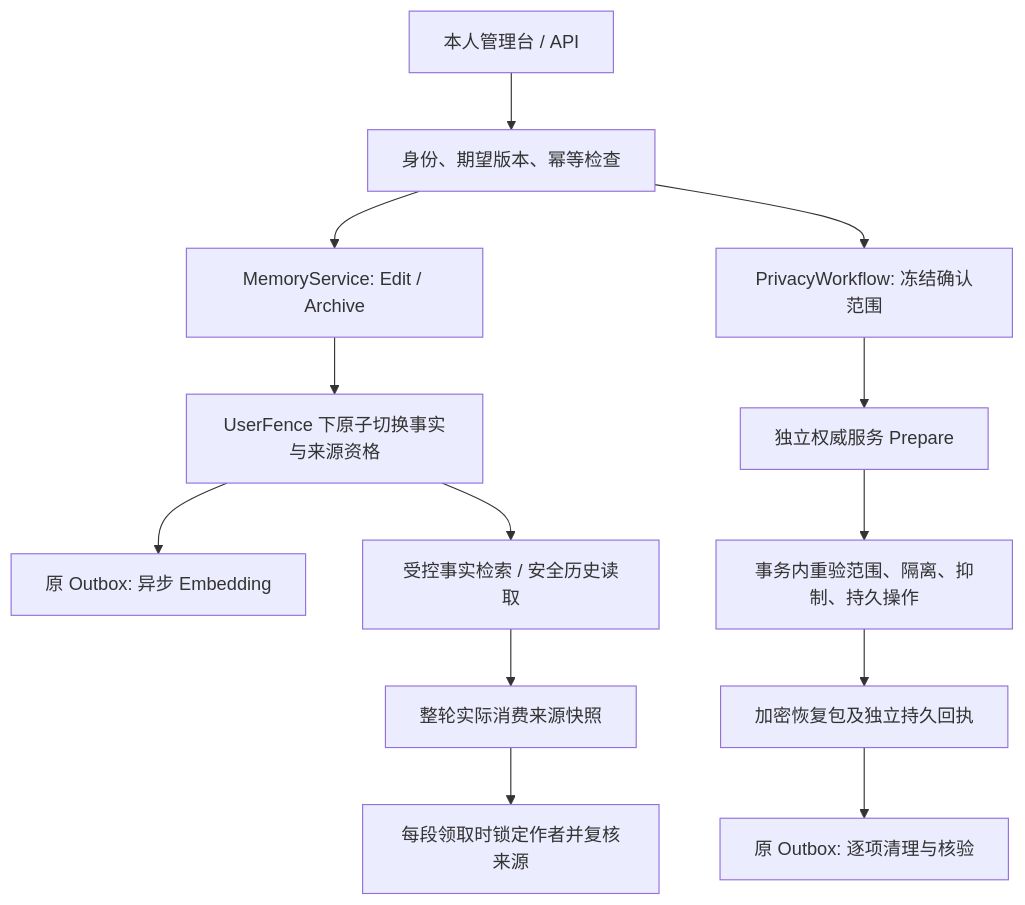
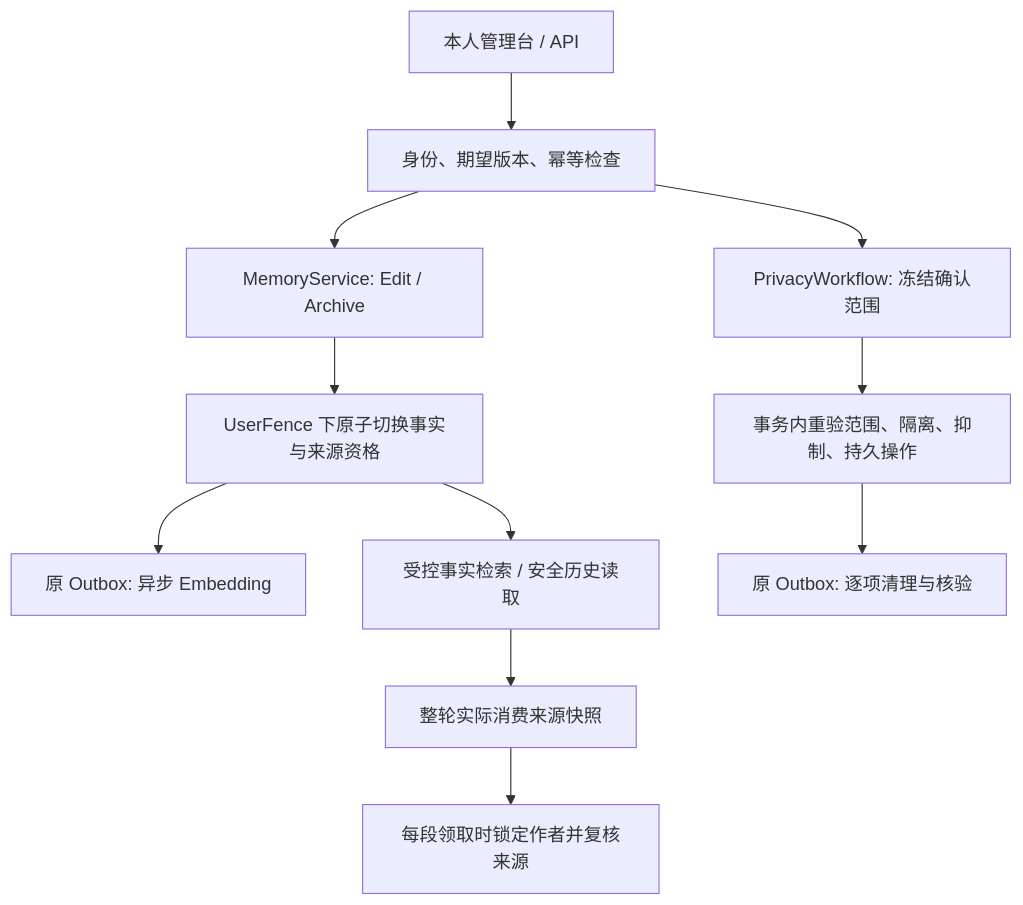
One commit to Raspberry-Monster/Wonder changed the diagram in docs/memory-lifecycle.md. Above: the diagram before and after it, drawn with Mermaid. The commit also changed other lines of this file and 20 other files, not shown here.

````diff
--- a/docs/memory-lifecycle.md
+++ b/docs/memory-lifecycle.md
@@ -7,15 +7,13 @@
 ```mermaid
 flowchart TD
     WEB[本人管理台 / API] --> AUTH[身份、期望版本、幂等检查]
     AUTH --> EDIT[MemoryService: Edit / Archive]
     EDIT --> TX[UserFence 下原子切换事实与来源资格]
     TX --> INDEX[原 Outbox: 异步 Embedding]
     TX --> READ[受控事实检索 / 安全历史读取]
     AUTH --> PRIVACY[PrivacyWorkflow: 冻结确认范围]
-    PRIVACY --> PREPARE[独立权威服务 Prepare]
-    PREPARE --> FENCE[事务内重验范围、隔离、抑制、持久操作]
-    FENCE --> PROTECT[加密恢复包及独立持久回执]
-    PROTECT --> CLEAN[原 Outbox: 逐项清理与核验]
+    PRIVACY --> FENCE[事务内重验范围、隔离、抑制、持久操作]
+    FENCE --> CLEAN[原 Outbox: 逐项清理与核验]
     READ --> ROUND[整轮实际消费来源快照]
     ROUND --> SEND[每段领取时锁定作者并复核来源]
 ```
````
